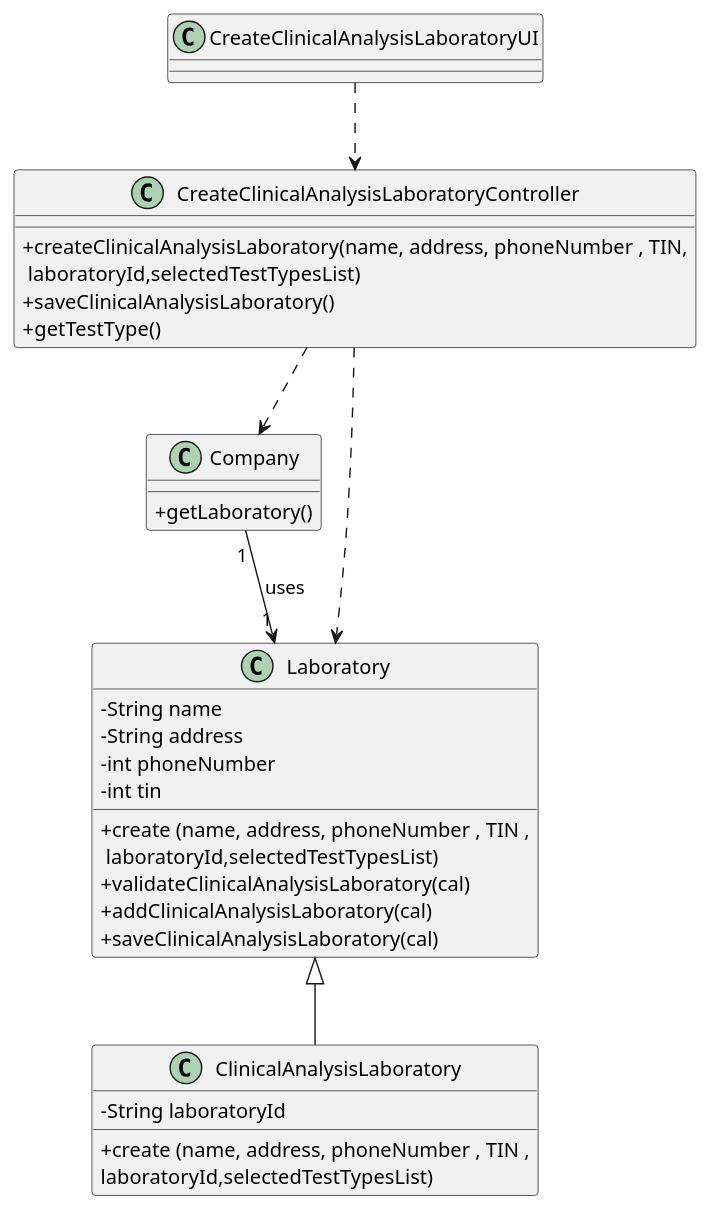
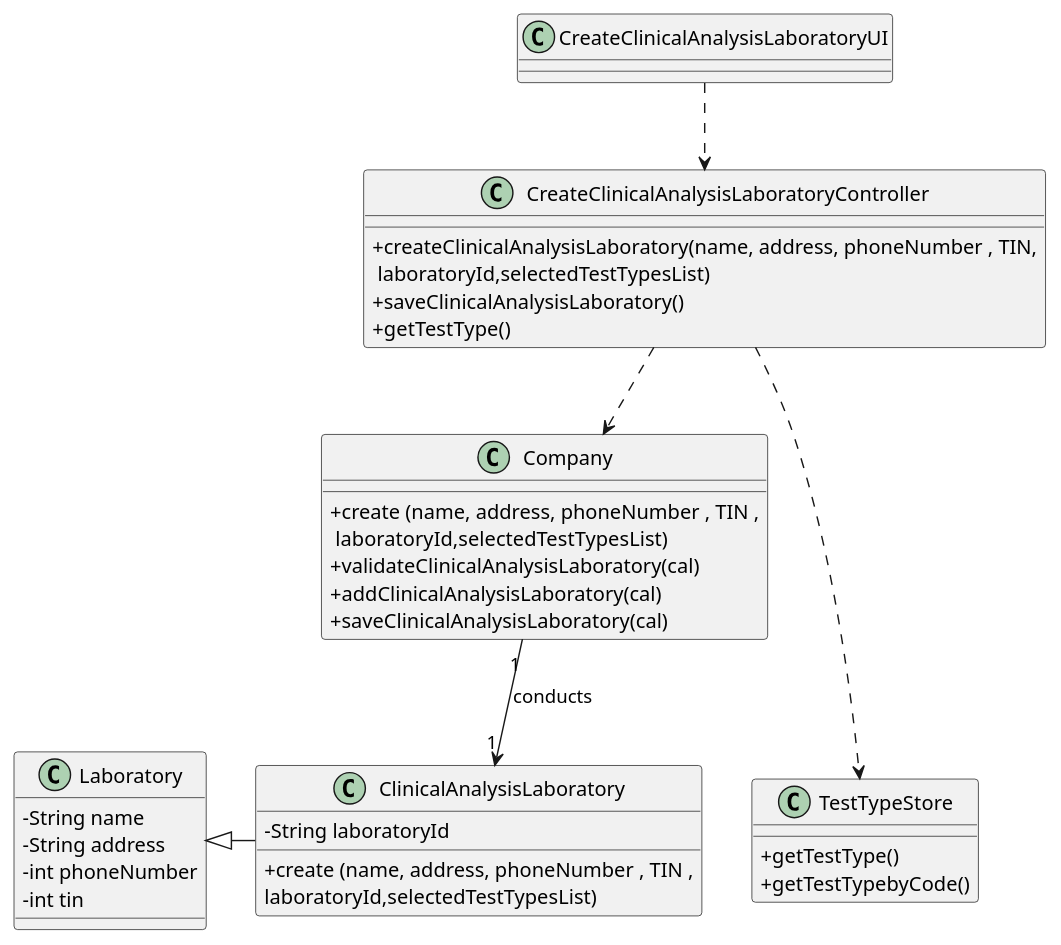
One commit to manu-07-ela/LAPR2_ISEP changed the diagram in docs/SprintB/US08/US08_CD.puml. Above: the diagram before and after it, drawn with PlantUML. The commit also changed 6 other files, not shown here.

```diff
--- a/docs/SprintB/US08/US08_CD.puml
+++ b/docs/SprintB/US08/US08_CD.puml
@@ -1,48 +1,53 @@
 @startuml
 skinparam classAttributeIconSize 0
 
 class CreateClinicalAnalysisLaboratoryUI{
 }
 
 class CreateClinicalAnalysisLaboratoryController{
   +createClinicalAnalysisLaboratory(name, address, phoneNumber , TIN,\n laboratoryId,selectedTestTypesList)
   +saveClinicalAnalysisLaboratory()
   +getTestType()
 }
 
 class Company{
-+getLaboratory()
++create (name, address, phoneNumber , TIN ,\n laboratoryId,selectedTestTypesList)
+  +validateClinicalAnalysisLaboratory(cal)
+  +addClinicalAnalysisLaboratory(cal)
+  +saveClinicalAnalysisLaboratory(cal)
 }
 
 
 class ClinicalAnalysisLaboratory {
   -String laboratoryId
   +create (name, address, phoneNumber , TIN ,\nlaboratoryId,selectedTestTypesList)
 
 
 }
 
 class Laboratory {
   -String name
   -String address
   -int phoneNumber
   -int tin
-  +create (name, address, phoneNumber , TIN ,\n laboratoryId,selectedTestTypesList)
-  +validateClinicalAnalysisLaboratory(cal)
-  +addClinicalAnalysisLaboratory(cal)
-  +saveClinicalAnalysisLaboratory(cal)
+
+}
+
+class TestTypeStore{
++getTestType()
++getTestTypebyCode()
 }
 
 
 
 
 
 
 CreateClinicalAnalysisLaboratoryUI ..> CreateClinicalAnalysisLaboratoryController
 CreateClinicalAnalysisLaboratoryController ..> Company
-CreateClinicalAnalysisLaboratoryController ...> Laboratory
-Company "1" --> "1" Laboratory : uses
-Laboratory  <|--  ClinicalAnalysisLaboratory
+CreateClinicalAnalysisLaboratoryController ...> TestTypeStore
+Company "1" --> "1" ClinicalAnalysisLaboratory : conducts
+Laboratory  <|- ClinicalAnalysisLaboratory
 
 
 @enduml
```
